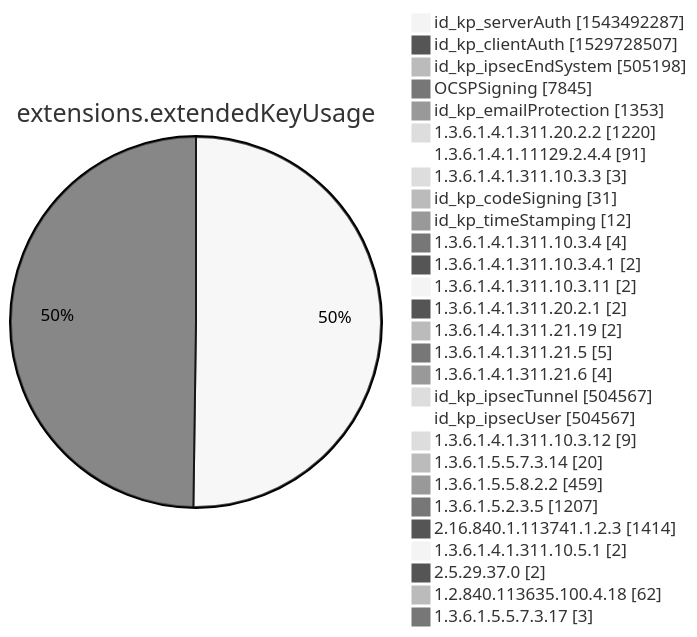
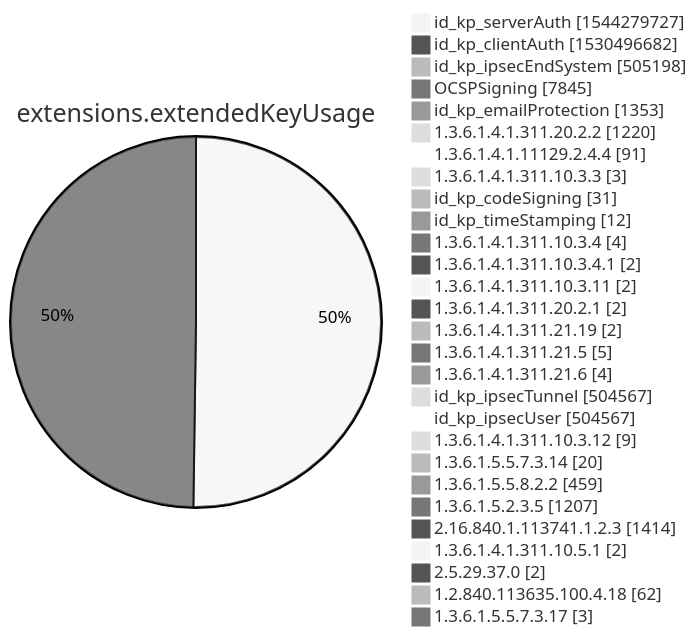
One commit to christiankrug/ctmonitor_visualization changed diagram 12 of 15 in xenon2022/README.md. Above: the diagram before and after it, drawn with Mermaid (neutral theme). The commit also changed other lines of this file, not shown here.

````diff
--- a/xenon2022/README.md
+++ b/xenon2022/README.md
@@ -3880,32 +3880,32 @@
 ```mermaid
 pie showData
 title extensions.extendedKeyUsage
-"id_kp_serverAuth" :1543492287
-"id_kp_clientAuth" :1529728507
+"id_kp_serverAuth" :1544279727
+"id_kp_clientAuth" :1530496682
 "id_kp_ipsecEndSystem" :505198
 "OCSPSigning" :7845
 "id_kp_emailProtection" :1353
 "1.3.6.1.4.1.311.20.2.2" :1220
 "1.3.6.1.4.1.11129.2.4.4" :91
 "1.3.6.1.4.1.311.10.3.3" :3
 "id_kp_codeSigning" :31
 "id_kp_timeStamping" :12
 "1.3.6.1.4.1.311.10.3.4" :4
 "1.3.6.1.4.1.311.10.3.4.1" :2
 "1.3.6.1.4.1.311.10.3.11" :2
 "1.3.6.1.4.1.311.20.2.1" :2
 "1.3.6.1.4.1.311.21.19" :2
 "1.3.6.1.4.1.311.21.5" :5
 "1.3.6.1.4.1.311.21.6" :4
 "id_kp_ipsecTunnel" :504567
 "id_kp_ipsecUser" :504567
 "1.3.6.1.4.1.311.10.3.12" :9
 "1.3.6.1.5.5.7.3.14" :20
 "1.3.6.1.5.5.8.2.2" :459
 "1.3.6.1.5.2.3.5" :1207
 "2.16.840.1.113741.1.2.3" :1414
 "1.3.6.1.4.1.311.10.5.1" :2
 "2.5.29.37.0" :2
 "1.2.840.113635.100.4.18" :62
 "1.3.6.1.5.5.7.3.17" :3
 ```
````
